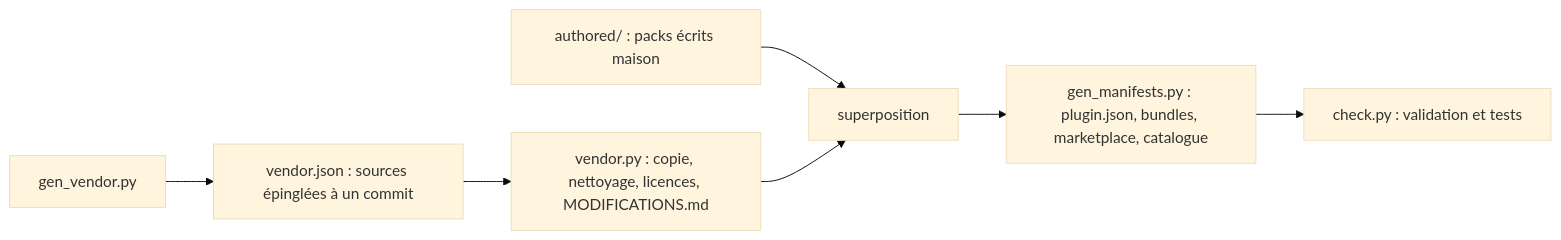
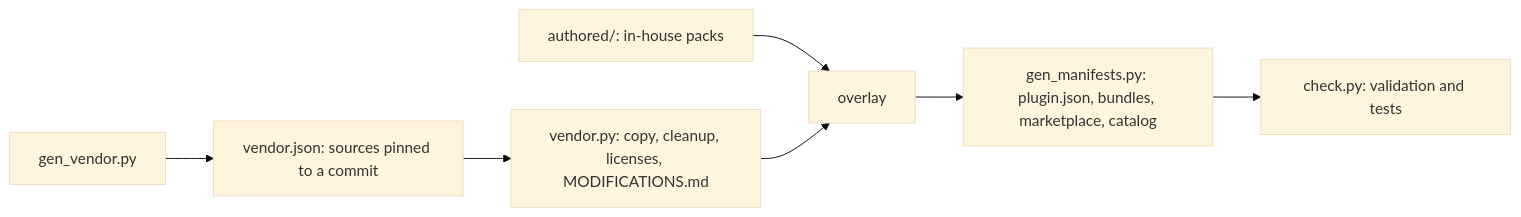
Before and after one commit to Lucas-lux/ultime-skill: the second of 2 diagrams in docs/architecture.md, drawn with Mermaid (base theme). The commit also changed other lines of this file and 605 other files, not shown here.

````diff
--- a/docs/architecture.md
+++ b/docs/architecture.md
@@ -55,9 +65,9 @@
 ```mermaid
 flowchart LR
-  A[gen_vendor.py] --> B[vendor.json : sources épinglées à un commit]
-  B --> C[vendor.py : copie, nettoyage, licences, MODIFICATIONS.md]
-  D[authored/ : packs écrits maison] --> E[superposition]
+  A[gen_vendor.py] --> B[vendor.json: sources pinned to a commit]
+  B --> C[vendor.py: copy, cleanup, licenses, MODIFICATIONS.md]
+  D[authored/: in-house packs] --> E[overlay]
   C --> E
-  E --> F[gen_manifests.py : plugin.json, bundles, marketplace, catalogue]
-  F --> G[check.py : validation et tests]
+  E --> F[gen_manifests.py: plugin.json, bundles, marketplace, catalog]
+  F --> G[check.py: validation and tests]
 ```
````
